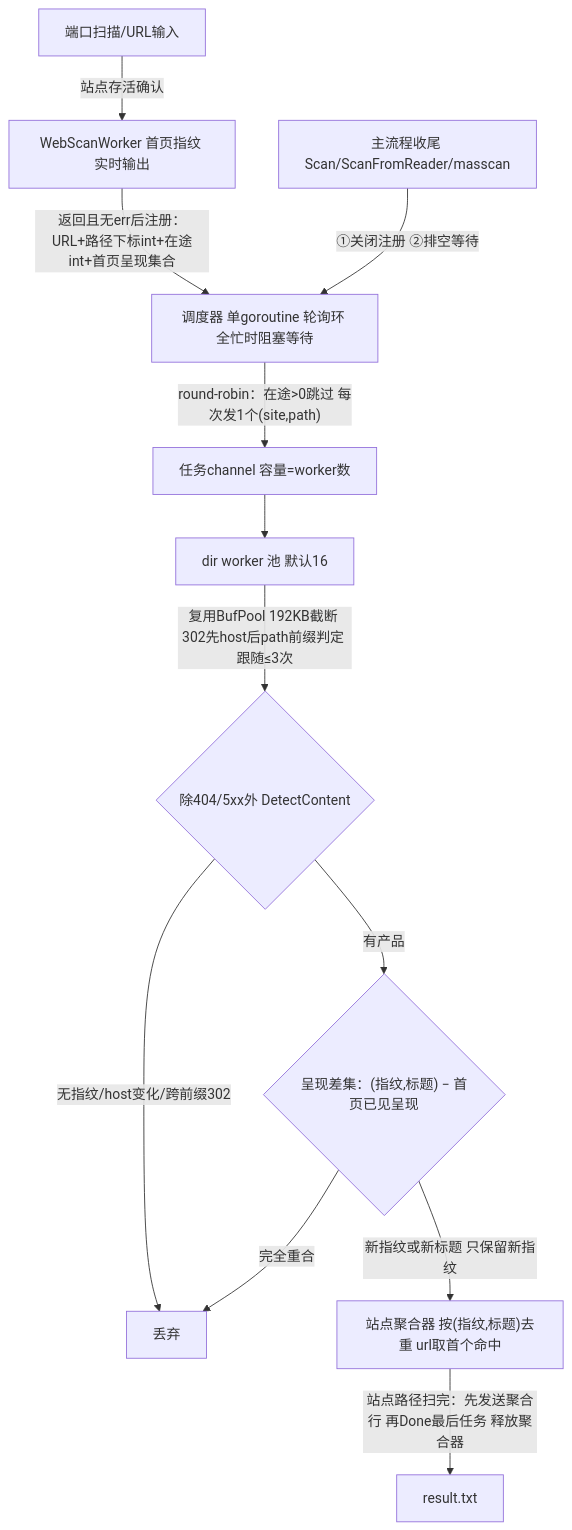
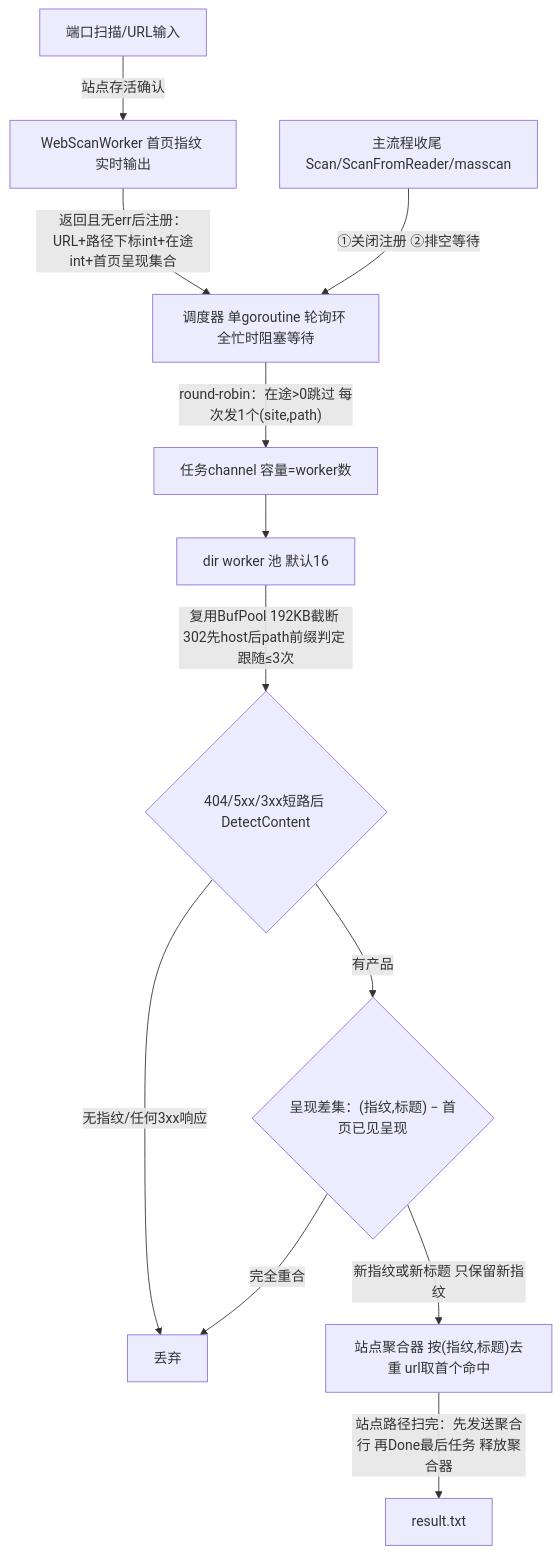
The diagram in docs/modules/04-目录扫描模块.md (LHXHL/fscanx), drawn with Mermaid before and after one commit. The commit also changed other lines of this file and 4 other files, not shown here.

````diff
--- a/docs/modules/04-目录扫描模块.md
+++ b/docs/modules/04-目录扫描模块.md
@@ -19,14 +19,14 @@
 ```mermaid
 flowchart TB
     A["端口扫描/URL输入"] -->|"站点存活确认"| B["WebScanWorker 首页指纹 实时输出"]
     B -->|"返回且无err后注册：URL+路径下标int+在途int+首页呈现集合"| S["调度器 单goroutine 轮询环 全忙时阻塞等待"]
     S -->|"round-robin：在途>0跳过 每次发1个(site,path)"| Q["任务channel 容量=worker数"]
     Q --> W["dir worker 池 默认16"]
-    W -->|"复用BufPool 192KB截断 302先host后path前缀判定 跟随≤3次"| F{"除404/5xx外 DetectContent"}
-    F -->|"无指纹/host变化/跨前缀302"| X["丢弃"]
+    W -->|"复用BufPool 192KB截断 302先host后path前缀判定 跟随≤3次"| F{"404/5xx/3xx短路后 DetectContent"}
+    F -->|"无指纹/任何3xx响应"| X["丢弃"]
     F -->|"有产品"| D{"呈现差集：(指纹,标题) − 首页已见呈现"}
     D -->|"完全重合"| X
     D -->|"新指纹或新标题 只保留新指纹"| AG["站点聚合器 按(指纹,标题)去重 url取首个命中"]
     AG -->|"站点路径扫完：先发送聚合行 再Done最后任务 释放聚合器"| R["result.txt"]
     M["主流程收尾 Scan/ScanFromReader/masscan"] -->|"①关闭注册 ②排空等待"| S
 ```
````
